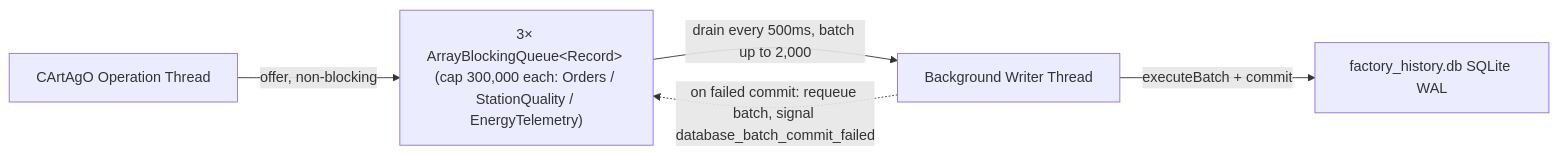
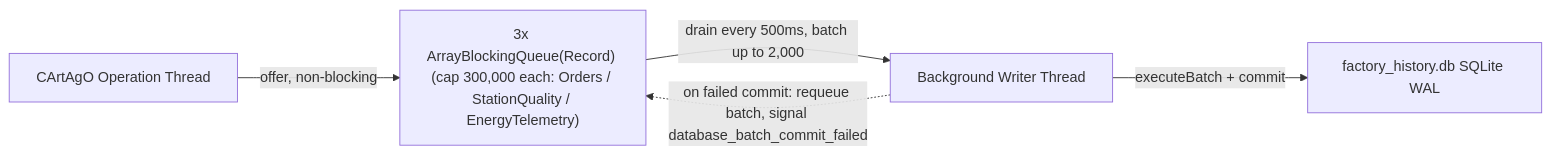
The second of 2 diagrams in docs/api-and-protocols/database-schema.md (utczbr/Matrix_Factory), drawn with Mermaid before and after one commit. The commit also changed 14 other files, not shown here.

````diff
--- a/docs/api-and-protocols/database-schema.md
+++ b/docs/api-and-protocols/database-schema.md
@@ -58,7 +58,7 @@
 ```mermaid
 graph LR
-    A[CArtAgO Operation Thread] -->|offer, non-blocking| B["3× ArrayBlockingQueue&lt;Record&gt; (cap 300,000 each: Orders / StationQuality / EnergyTelemetry)"]
+    A[CArtAgO Operation Thread] -->|offer, non-blocking| B["3x ArrayBlockingQueue(Record) (cap 300,000 each: Orders / StationQuality / EnergyTelemetry)"]
     B -->|drain every 500ms, batch up to 2,000| C[Background Writer Thread]
     C -->|executeBatch + commit| D[factory_history.db SQLite WAL]
     C -.->|on failed commit: requeue batch, signal database_batch_commit_failed| B
 ```
````
